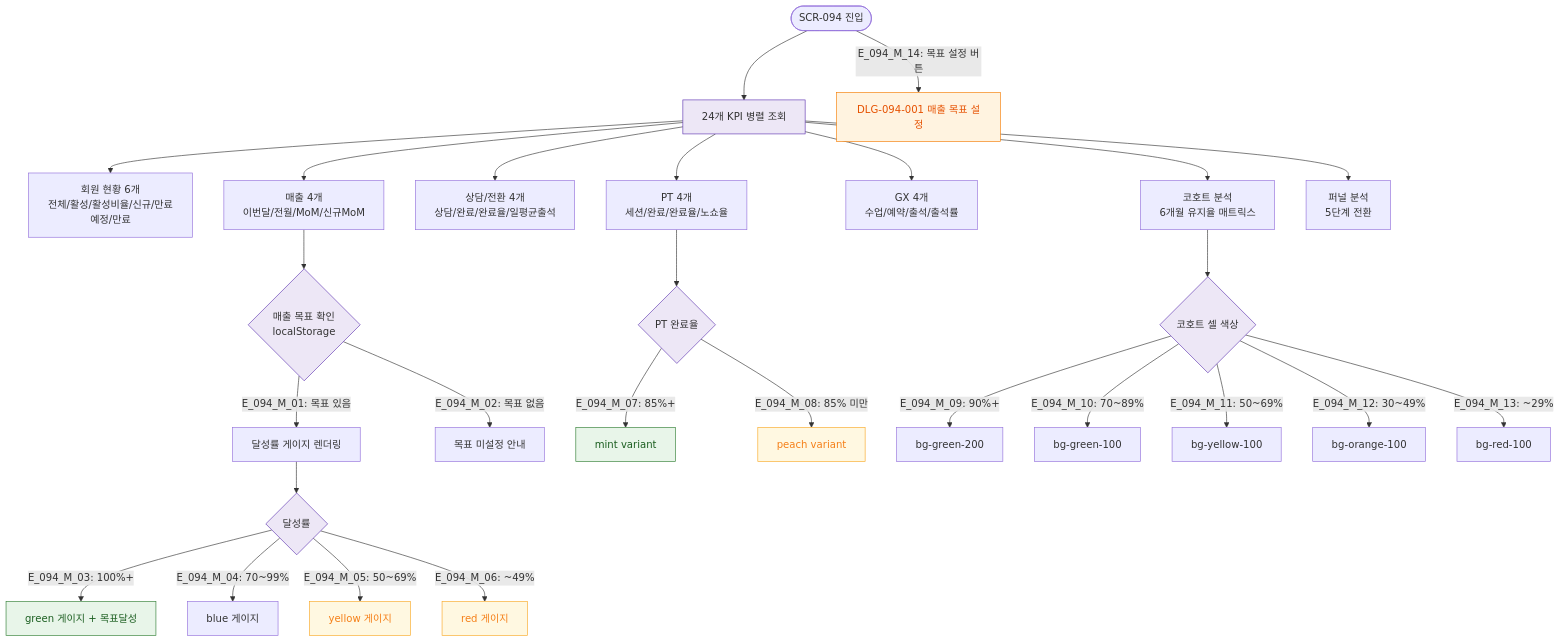
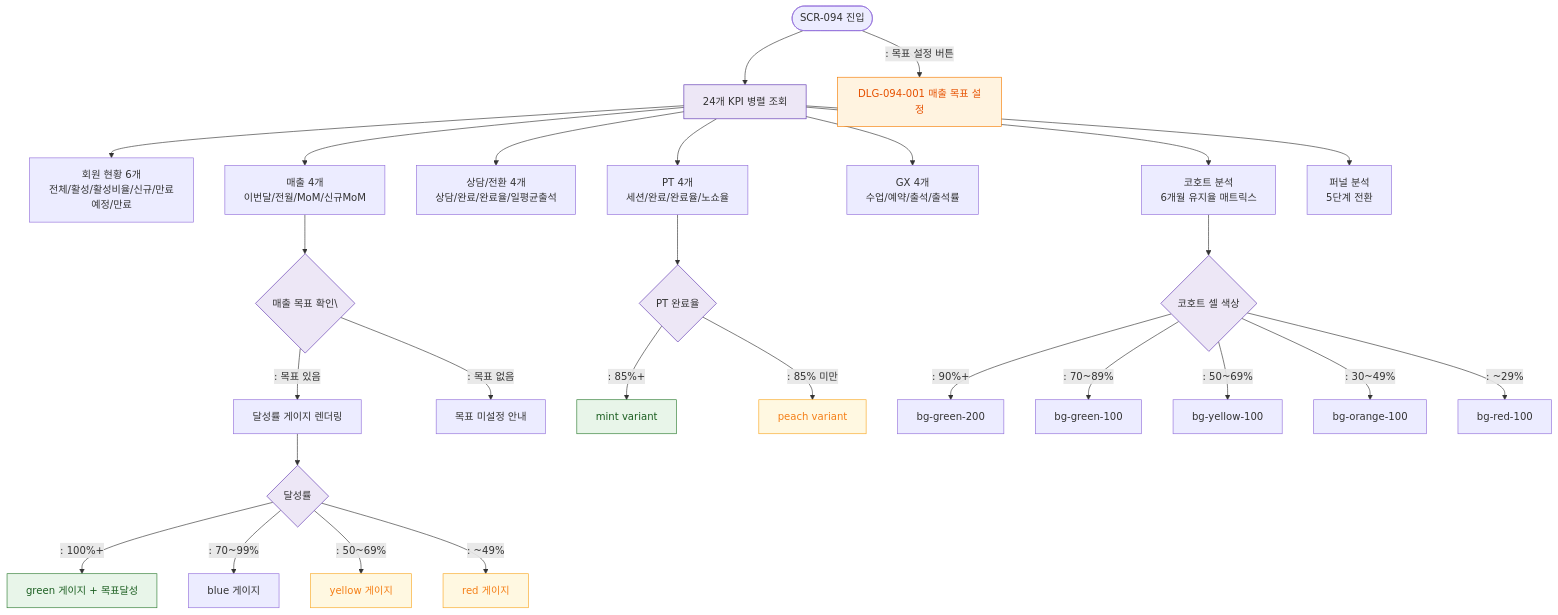
The diagram in docs/다이어그램/D10_본사관리/SCR-094_KPI대시보드/F2_메인.md (dev-spogym/admin-pando), drawn with Mermaid before and after one commit. The commit also changed other lines of this file and 1660 other files, not shown here.

First line of the commit message:
다이어그램: 기획자/클라이언트 납품본으로 정리

````diff
--- a/docs/다이어그램/D10_본사관리/SCR-094_KPI대시보드/F2_메인.md
+++ b/docs/다이어그램/D10_본사관리/SCR-094_KPI대시보드/F2_메인.md
@@ -14,46 +12,46 @@
 ```mermaid
 flowchart TD
   Start([SCR-094 진입]) --> ParallelKPI[24개 KPI 병렬 조회]
 
   ParallelKPI --> Sec1[회원 현황 6개\n전체/활성/활성비율/신규/만료예정/만료]
   ParallelKPI --> Sec2[매출 4개\n이번달/전월/MoM/신규MoM]
   ParallelKPI --> Sec3[상담/전환 4개\n상담/완료/완료율/일평균출석]
   ParallelKPI --> Sec4[PT 4개\n세션/완료/완료율/노쇼율]
   ParallelKPI --> Sec5[GX 4개\n수업/예약/출석/출석률]
   ParallelKPI --> Sec6[코호트 분석\n6개월 유지율 매트릭스]
   ParallelKPI --> Sec7[퍼널 분석\n5단계 전환]
 
-  Sec2 --> GoalCheck{매출 목표 확인\nlocalStorage}
-  GoalCheck -->|"E_094_M_01: 목표 있음"| GaugeRender[달성률 게이지 렌더링]
-  GoalCheck -->|"E_094_M_02: 목표 없음"| GoalEmpty[목표 미설정 안내]
+  Sec2 --> GoalCheck{매출 목표 확인\}
+  GoalCheck -->|": 목표 있음"|GaugeRender[달성률 게이지 렌더링]
+  GoalCheck -->|": 목표 없음"|GoalEmpty[목표 미설정 안내]
 
   GaugeRender --> GaugeColor{달성률}
-  GaugeColor -->|"E_094_M_03: 100%+"| GaugeGreen[green 게이지 + 목표달성]
-  GaugeColor -->|"E_094_M_04: 70~99%"| GaugeBlue[blue 게이지]
-  GaugeColor -->|"E_094_M_05: 50~69%"| GaugeYellow[yellow 게이지]
-  GaugeColor -->|"E_094_M_06: ~49%"| GaugeRed[red 게이지]
+  GaugeColor -->|": 100%+"|GaugeGreen[green 게이지 + 목표달성]
+  GaugeColor -->|": 70~99%"|GaugeBlue[blue 게이지]
+  GaugeColor -->|": 50~69%"|GaugeYellow[yellow 게이지]
+  GaugeColor -->|": ~49%"|GaugeRed[red 게이지]
 
   Sec4 --> PTColor{PT 완료율}
-  PTColor -->|"E_094_M_07: 85%+"| PTMint[mint variant]
-  PTColor -->|"E_094_M_08: 85% 미만"| PTPeach[peach variant]
+  PTColor -->|": 85%+"|PTMint[mint variant]
+  PTColor -->|": 85% 미만"|PTPeach[peach variant]
 
   Sec6 --> CohortCell{코호트 셀 색상}
-  CohortCell -->|"E_094_M_09: 90%+"| CellGreen200[bg-green-200]
-  CohortCell -->|"E_094_M_10: 70~89%"| CellGreen100[bg-green-100]
-  CohortCell -->|"E_094_M_11: 50~69%"| CellYellow[bg-yellow-100]
-  CohortCell -->|"E_094_M_12: 30~49%"| CellOrange[bg-orange-100]
-  CohortCell -->|"E_094_M_13: ~29%"| CellRed[bg-red-100]
+  CohortCell -->|": 90%+"|CellGreen200[bg-green-200]
+  CohortCell -->|": 70~89%"|CellGreen100[bg-green-100]
+  CohortCell -->|": 50~69%"|CellYellow[bg-yellow-100]
+  CohortCell -->|": 30~49%"|CellOrange[bg-orange-100]
+  CohortCell -->|": ~29%"|CellRed[bg-red-100]
 
-  Start -->|"E_094_M_14: 목표 설정 버튼"| DLG_001[DLG-094-001 매출 목표 설정]
+  Start -->|": 목표 설정 버튼"|DLG_001[DLG-094-001 매출 목표 설정]
 
   classDef screen fill:#E3F2FD,stroke:#1976D2,color:#0D47A1
   classDef modal fill:#FFF3E0,stroke:#F57C00,color:#E65100
   classDef system fill:#EDE7F6,stroke:#5E35B2
   classDef success fill:#E8F5E9,stroke:#2E7D32,color:#1B5E20
   classDef warning fill:#FFF8E1,stroke:#F9A825,color:#F57F17
 
   class DLG_001 modal
   class ParallelKPI,GoalCheck,GaugeColor,PTColor,CohortCell system
   class GaugeGreen,PTMint success
   class GaugeYellow,GaugeRed,PTPeach warning
 ```
````
